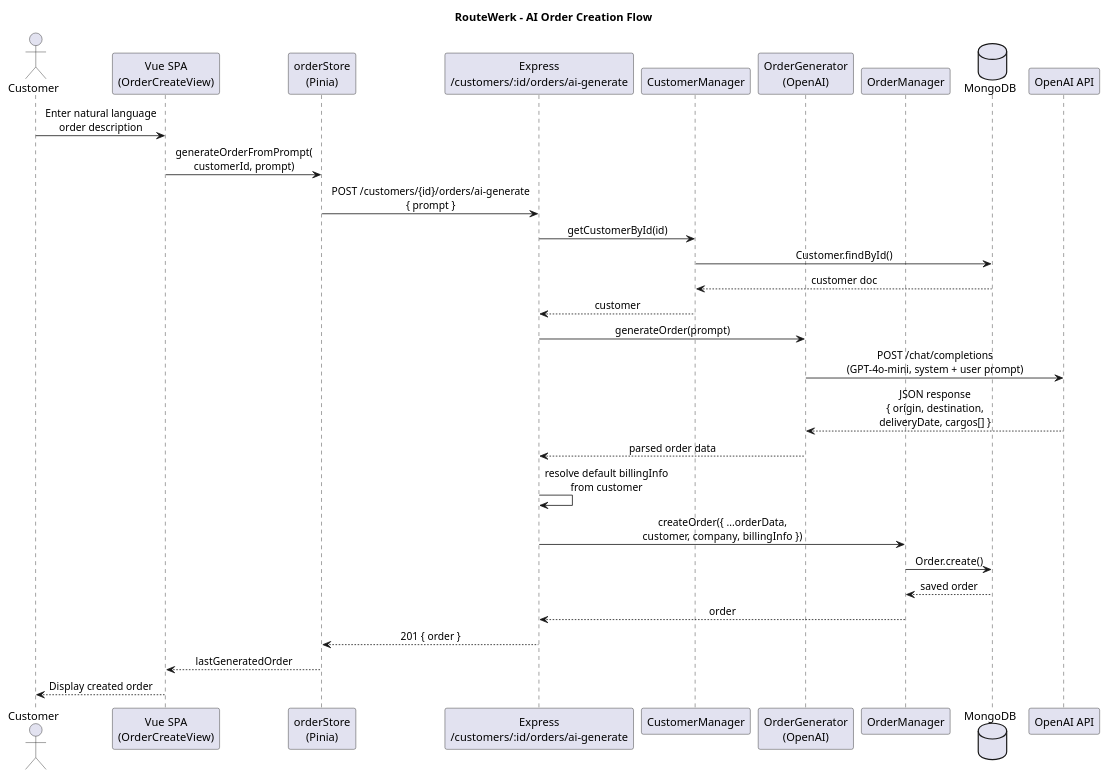
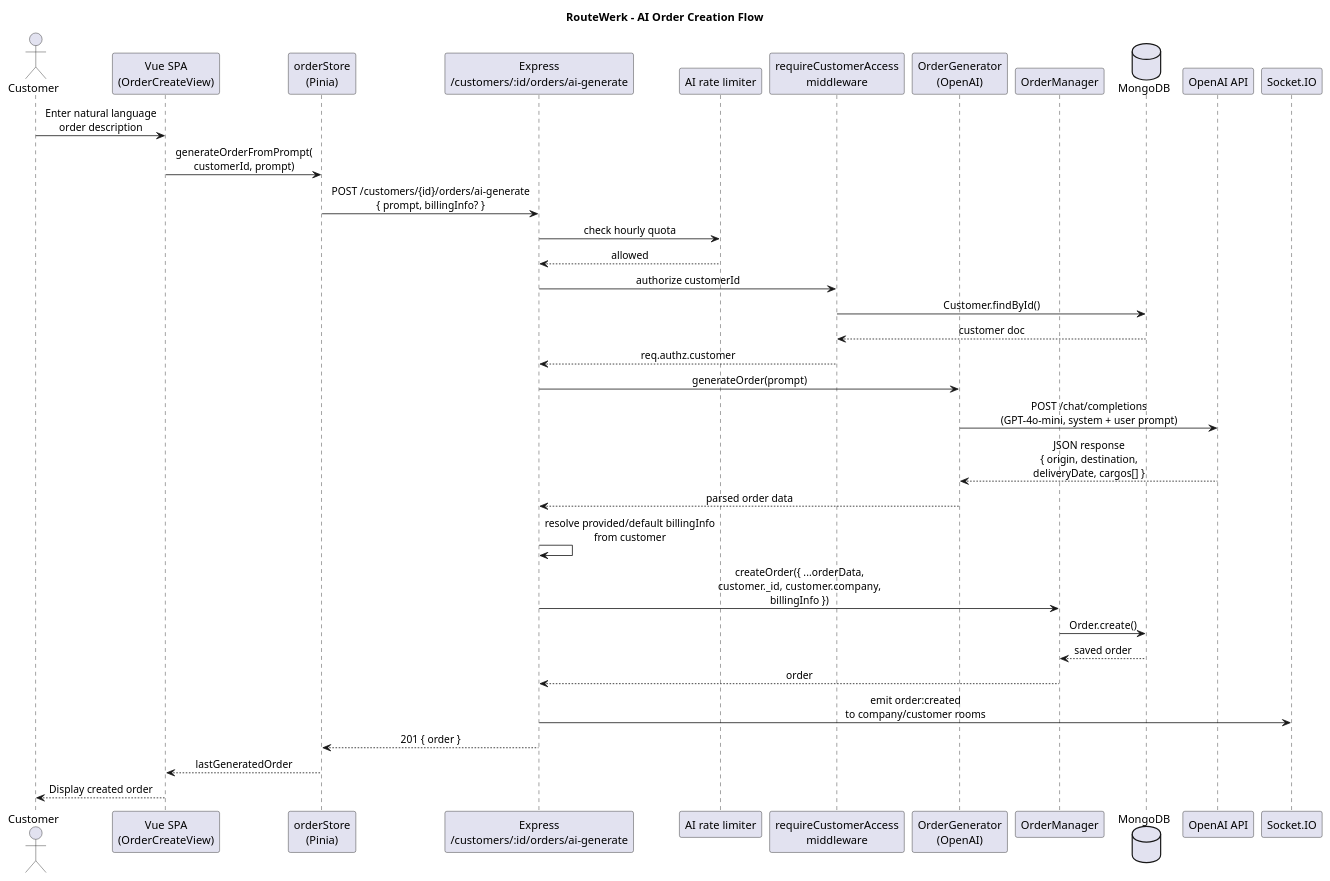
Before and after one commit to coyotiv-sose/graduation-project-AkinKaradag: the diagram in architecture/sequence-order-ai.puml, drawn with PlantUML. The commit also changed 4 other files, not shown here.

Commit message:
Update uml files to represent the current architecture

```diff
--- a/architecture/sequence-order-ai.puml
+++ b/architecture/sequence-order-ai.puml
@@ -1,42 +1,48 @@
 @startuml AI Order Creation Sequence
 !pragma layout smetana
 skinparam sequenceMessageAlign center
 
 title RouteWerk – AI Order Creation Flow
 
 actor Customer as user
 participant "Vue SPA\n(OrderCreateView)" as frontend
 participant "orderStore\n(Pinia)" as store
 participant "Express\n/customers/:id/orders/ai-generate" as route
-participant "CustomerManager" as custMgr
+participant "AI rate limiter" as limiter
+participant "requireCustomerAccess\nmiddleware" as access
 participant "OrderGenerator\n(OpenAI)" as ai
 participant "OrderManager" as ordMgr
 database "MongoDB" as db
 participant "OpenAI API" as openai
+participant "Socket.IO" as socket
 
 user -> frontend : Enter natural language\norder description
 frontend -> store : generateOrderFromPrompt(\ncustomerId, prompt)
-store -> route : POST /customers/{id}/orders/ai-generate\n{ prompt }
+store -> route : POST /customers/{id}/orders/ai-generate\n{ prompt, billingInfo? }
 
-route -> custMgr : getCustomerById(id)
-custMgr -> db : Customer.findById()
-db --> custMgr : customer doc
-custMgr --> route : customer
+route -> limiter : check hourly quota
+limiter --> route : allowed
+
+route -> access : authorize customerId
+access -> db : Customer.findById()
+db --> access : customer doc
+access --> route : req.authz.customer
 
 route -> ai : generateOrder(prompt)
 ai -> openai : POST /chat/completions\n(GPT-4o-mini, system + user prompt)
 openai --> ai : JSON response\n{ origin, destination,\ndeliveryDate, cargos[] }
 ai --> route : parsed order data
 
-route -> route : resolve default billingInfo\nfrom customer
+route -> route : resolve provided/default billingInfo\nfrom customer
 
-route -> ordMgr : createOrder({ ...orderData,\ncustomer, company, billingInfo })
+route -> ordMgr : createOrder({ ...orderData,\ncustomer._id, customer.company,\nbillingInfo })
 ordMgr -> db : Order.create()
 db --> ordMgr : saved order
 ordMgr --> route : order
 
+route -> socket : emit order:created\nto company/customer rooms
 route --> store : 201 { order }
 store --> frontend : lastGeneratedOrder
 frontend --> user : Display created order
 
 @enduml
```
